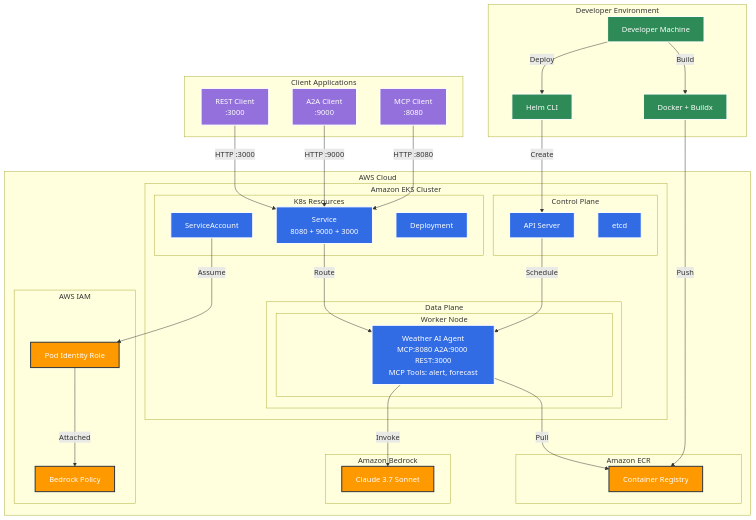
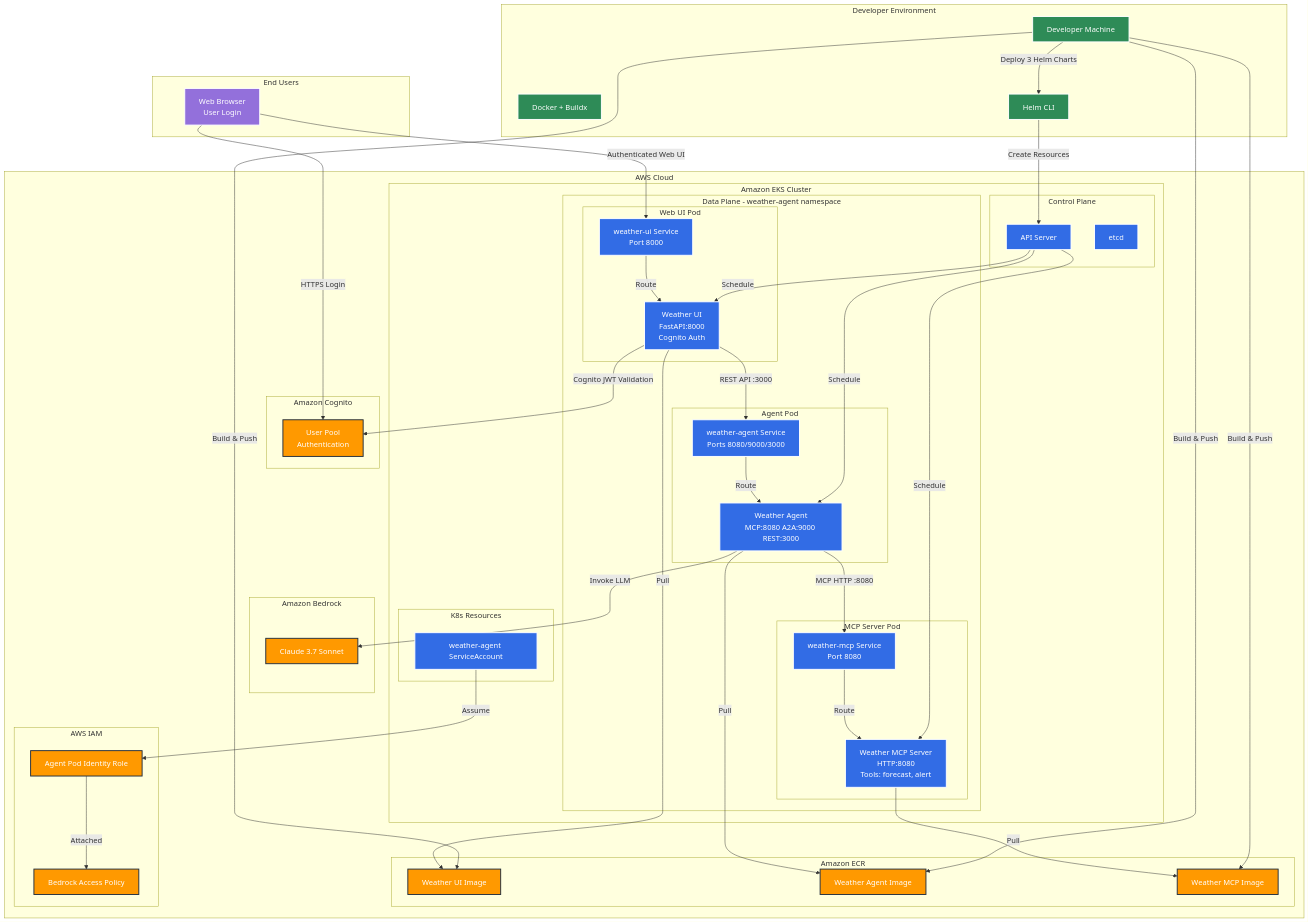
The diagram in blueprints/agentic/multi-agent-strands-bedrock/weather/README.md (rameshv29/ai-on-eks), drawn with Mermaid before and after one commit. The commit also changed other lines of this file and 2 other files, not shown here.

Commit message:
update weather diagram (#19)

````diff
--- a/blueprints/agentic/multi-agent-strands-bedrock/weather/README.md
+++ b/blueprints/agentic/multi-agent-strands-bedrock/weather/README.md
@@ -37,7 +37,13 @@
 
     subgraph "AWS Cloud"
         subgraph "Amazon ECR"
-            ECR[Container Registry]
+            ECR_UI[Weather UI Image]
+            ECR_AGENT[Weather Agent Image]
+            ECR_MCP[Weather MCP Image]
+        end
+
+        subgraph "Amazon Cognito"
+            COGNITO[User Pool<br/>Authentication]
         end
 
         subgraph "Amazon Bedrock"
@@ -50,56 +56,73 @@
                 ETCD[etcd]
             end
 
-            subgraph "Data Plane"
-                subgraph "Worker Node"
-                    POD[Weather AI Agent<br/>MCP:8080 A2A:9000 REST:3000<br/>MCP Tools: alert, forecast]
+            subgraph "Data Plane - weather-agent namespace"
+                subgraph "Web UI Pod"
+                    UI_POD[Weather UI<br/>FastAPI:8000<br/>Cognito Auth]
+                    UI_SVC[weather-ui Service<br/>Port 8000]
+                end
+
+                subgraph "Agent Pod"
+                    AGENT_POD[Weather Agent<br/>MCP:8080 A2A:9000 REST:3000]
+                    AGENT_SVC[weather-agent Service<br/>Ports 8080/9000/3000]
+                end
+
+                subgraph "MCP Server Pod"
+                    MCP_POD[Weather MCP Server<br/>HTTP:8080<br/>Tools: forecast, alert]
+                    MCP_SVC[weather-mcp Service<br/>Port 8080]
                 end
             end
 
             subgraph "K8s Resources"
-                SVC[Service<br/>8080 + 9000 + 3000]
-                SA[ServiceAccount]
-                DEPLOY[Deployment]
+                SA_AGENT[weather-agent ServiceAccount]
             end
         end
 
         subgraph "AWS IAM"
-            ROLE[Pod Identity Role]
-            POLICY[Bedrock Policy]
+            ROLE_AGENT[Agent Pod Identity Role]
+            POLICY_BEDROCK[Bedrock Access Policy]
         end
     end
 
-    subgraph "Client Applications"
-        MCP_CLIENT[MCP Client<br/>:8080]
-        A2A_CLIENT[A2A Client<br/>:9000]
-        REST_CLIENT[REST Client<br/>:3000]
+    subgraph "End Users"
+        USER[Web Browser<br/>User Login]
     end
 
-    DEV -->|Build| DOCKER
-    DOCKER -->|Push| ECR
-    DEV -->|Deploy| HELM
-    HELM -->|Create| API
+    DEV -->|Build & Push| ECR_UI
+    DEV -->|Build & Push| ECR_AGENT
+    DEV -->|Build & Push| ECR_MCP
+    DEV -->|Deploy 3 Helm Charts| HELM
+    HELM -->|Create Resources| API
 
-    API -->|Schedule| POD
-    SVC -->|Route| POD
+    API -->|Schedule| UI_POD
+    API -->|Schedule| AGENT_POD
+    API -->|Schedule| MCP_POD
 
-    SA -->|Assume| ROLE
-    ROLE -->|Attached| POLICY
-    POD -->|Invoke| BEDROCK
+    UI_SVC -->|Route| UI_POD
+    AGENT_SVC -->|Route| AGENT_POD
+    MCP_SVC -->|Route| MCP_POD
 
-    MCP_CLIENT -->|HTTP :8080| SVC
-    A2A_CLIENT -->|HTTP :9000| SVC
-    REST_CLIENT -->|HTTP :3000| SVC
+    SA_AGENT -->|Assume| ROLE_AGENT
+    ROLE_AGENT -->|Attached| POLICY_BEDROCK
 
-    POD -->|Pull| ECR
+    UI_POD -->|Pull| ECR_UI
+    AGENT_POD -->|Pull| ECR_AGENT
+    MCP_POD -->|Pull| ECR_MCP
+
+    USER -->|HTTPS Login| COGNITO
+    USER -->|Authenticated Web UI| UI_SVC
+    UI_POD -->|Cognito JWT Validation| COGNITO
+    UI_POD -->|REST API :3000| AGENT_SVC
+    AGENT_POD -->|MCP HTTP :8080| MCP_SVC
+    AGENT_POD -->|Invoke LLM| BEDROCK
 
     classDef aws fill:#FF9900,stroke:#232F3E,stroke-width:2px,color:#fff
     classDef k8s fill:#326CE5,stroke:#fff,stroke-width:2px,color:#fff
     classDef dev fill:#2E8B57,stroke:#fff,stroke-width:2px,color:#fff
-    classDef client fill:#9370DB,stroke:#fff,stroke-width:2px,color:#fff
+    classDef user fill:#9370DB,stroke:#fff,stroke-width:2px,color:#fff
 
-    class ECR,BEDROCK,ROLE,POLICY aws
-    class API,ETCD,POD,SVC,SA,DEPLOY k8s
+    class ECR_UI,ECR_AGENT,ECR_MCP,BEDROCK,COGNITO,ROLE_AGENT,POLICY_BEDROCK aws
+    class API,ETCD,UI_POD,AGENT_POD,MCP_POD,UI_SVC,AGENT_SVC,MCP_SVC,SA_AGENT k8s
     class DEV,DOCKER,HELM dev
-    class MCP_CLIENT,A2A_CLIENT,REST_CLIENT client
+    class USER user
 ```
````
